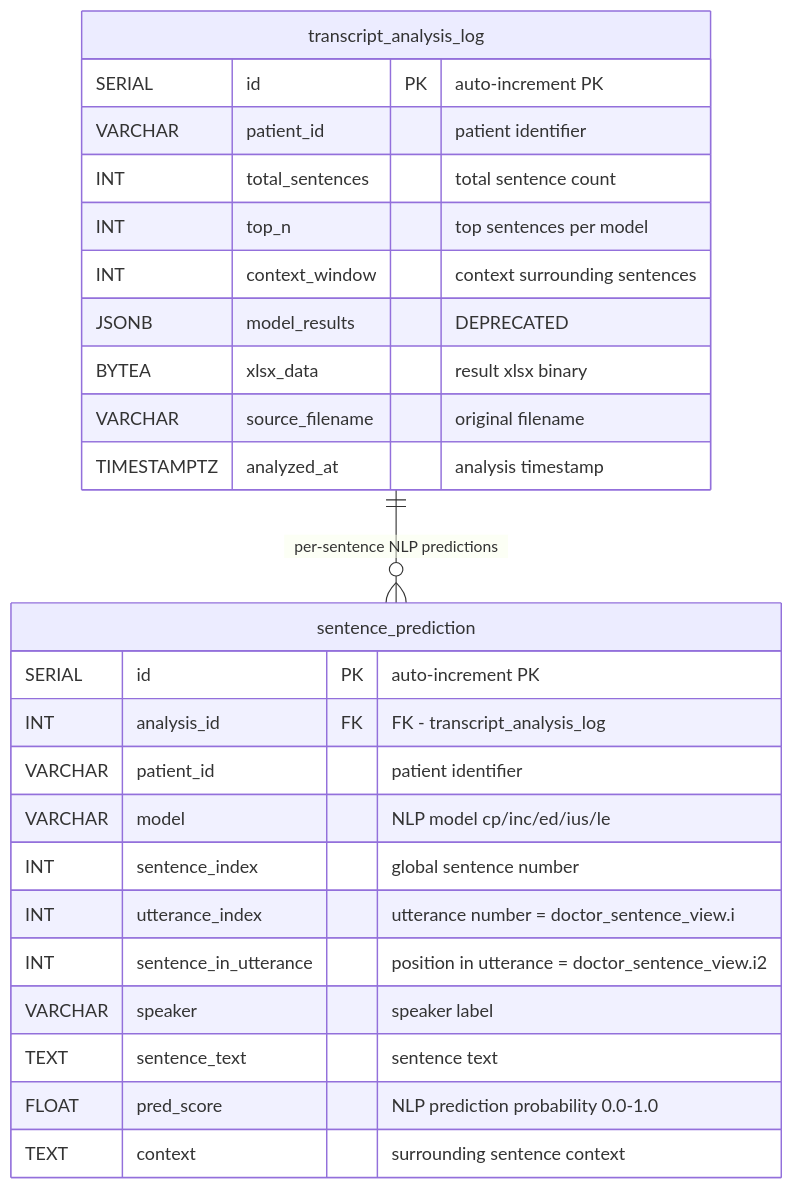
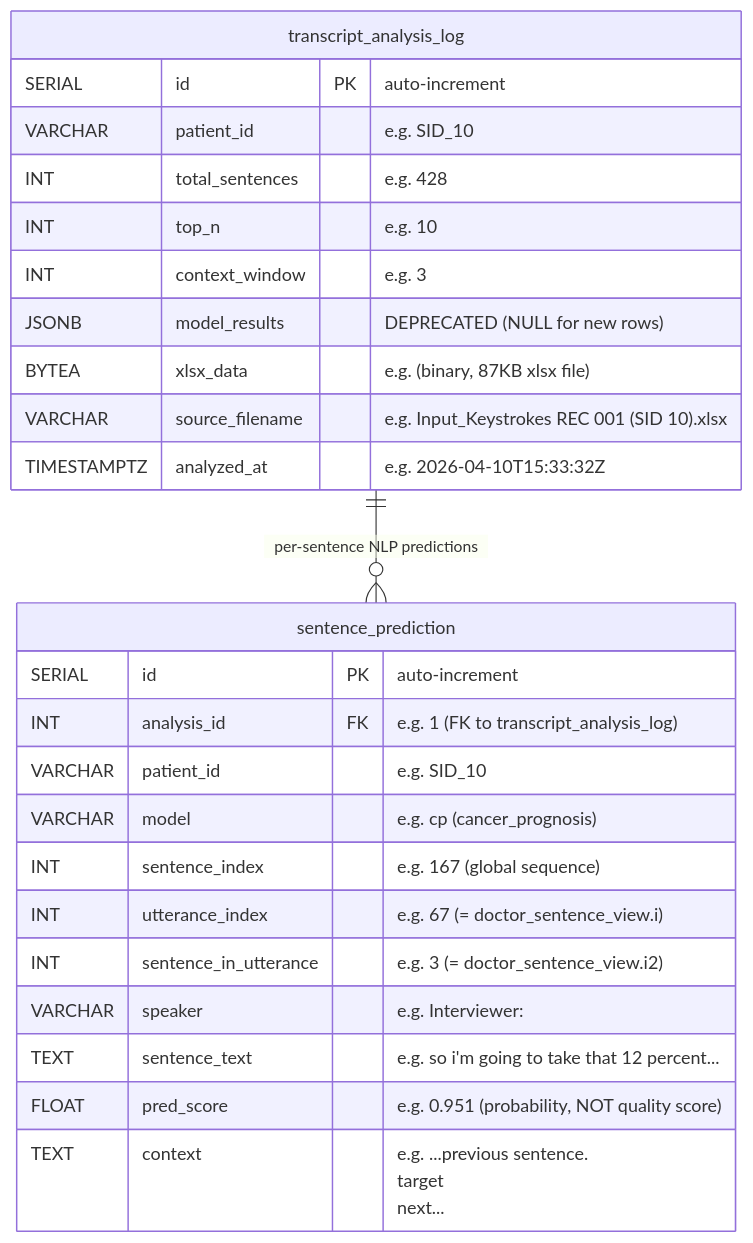
The third of 5 diagrams in app/Backend/patient_doctor_interface_erd_v3_en.md (HyunjunA/Prostate_cancer_consultation), drawn with Mermaid before and after one commit. The commit also changed other lines of this file and 2 other files, not shown here.

First line of the commit message:
docs: enhance ERD v3 with real DB examples, field-level explanations, and PDF

````diff
--- a/app/Backend/patient_doctor_interface_erd_v3_en.md
+++ b/app/Backend/patient_doctor_interface_erd_v3_en.md
@@ -74,30 +78,30 @@
 ```mermaid
 erDiagram
     transcript_analysis_log {
-        SERIAL id PK "auto-increment PK"
-        VARCHAR patient_id "patient identifier"
-        INT total_sentences "total sentence count"
-        INT top_n "top sentences per model"
-        INT context_window "context surrounding sentences"
-        JSONB model_results "DEPRECATED"
-        BYTEA xlsx_data "result xlsx binary"
-        VARCHAR source_filename "original filename"
-        TIMESTAMPTZ analyzed_at "analysis timestamp"
+        SERIAL id PK "auto-increment"
+        VARCHAR patient_id "e.g. SID_10"
+        INT total_sentences "e.g. 428"
+        INT top_n "e.g. 10"
+        INT context_window "e.g. 3"
+        JSONB model_results "DEPRECATED (NULL for new rows)"
+        BYTEA xlsx_data "e.g. (binary, 87KB xlsx file)"
+        VARCHAR source_filename "e.g. Input_Keystrokes REC 001 (SID 10).xlsx"
+        TIMESTAMPTZ analyzed_at "e.g. 2026-04-10T15:33:32Z"
     }
 
     sentence_prediction {
-        SERIAL id PK "auto-increment PK"
-        INT analysis_id FK "FK - transcript_analysis_log"
-        VARCHAR patient_id "patient identifier"
-        VARCHAR model "NLP model cp/inc/ed/ius/le"
-        INT sentence_index "global sentence number"
-        INT utterance_index "utterance number = doctor_sentence_view.i"
-        INT sentence_in_utterance "position in utterance = doctor_sentence_view.i2"
-        VARCHAR speaker "speaker label"
-        TEXT sentence_text "sentence text"
-        FLOAT pred_score "NLP prediction probability 0.0-1.0"
-        TEXT context "surrounding sentence context"
+        SERIAL id PK "auto-increment"
+        INT analysis_id FK "e.g. 1 (FK to transcript_analysis_log)"
+        VARCHAR patient_id "e.g. SID_10"
+        VARCHAR model "e.g. cp (cancer_prognosis)"
+        INT sentence_index "e.g. 167 (global sequence)"
+        INT utterance_index "e.g. 67 (= doctor_sentence_view.i)"
+        INT sentence_in_utterance "e.g. 3 (= doctor_sentence_view.i2)"
+        VARCHAR speaker "e.g. Interviewer:"
+        TEXT sentence_text "e.g. so i'm going to take that 12 percent..."
+        FLOAT pred_score "e.g. 0.951 (probability, NOT quality score)"
+        TEXT context "e.g. ...previous sentence. <main>target</main> next..."
     }
 
     transcript_analysis_log ||--o{ sentence_prediction : "per-sentence NLP predictions"
 ```
````
